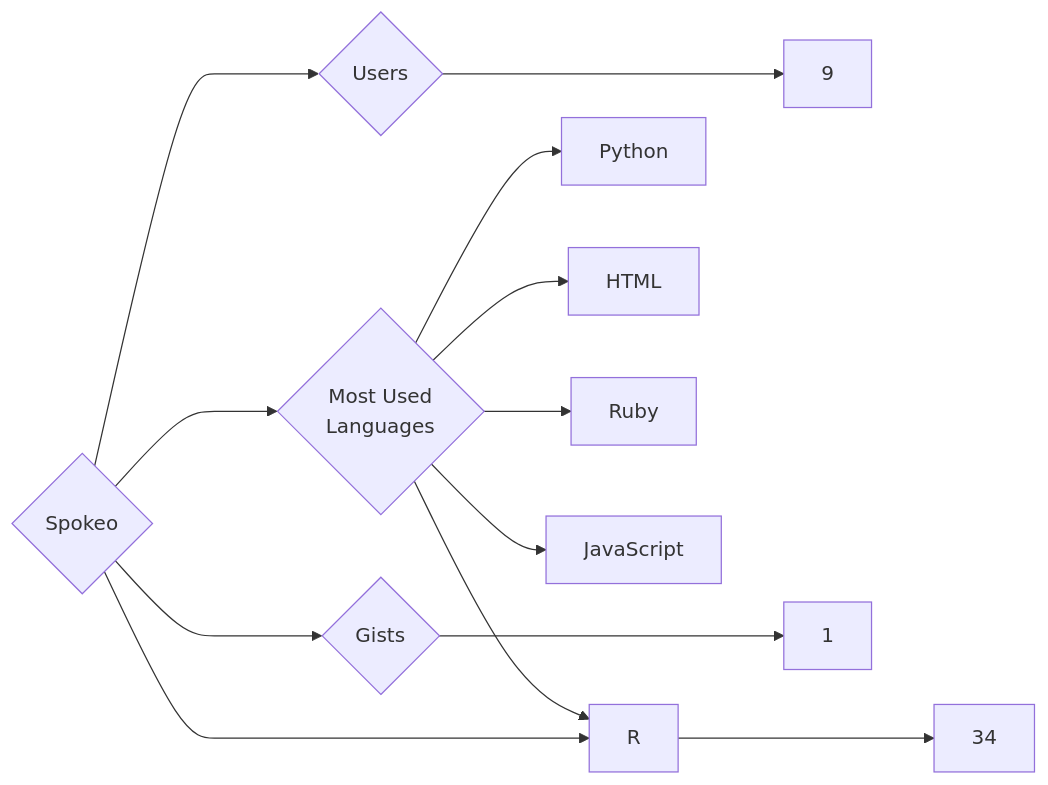
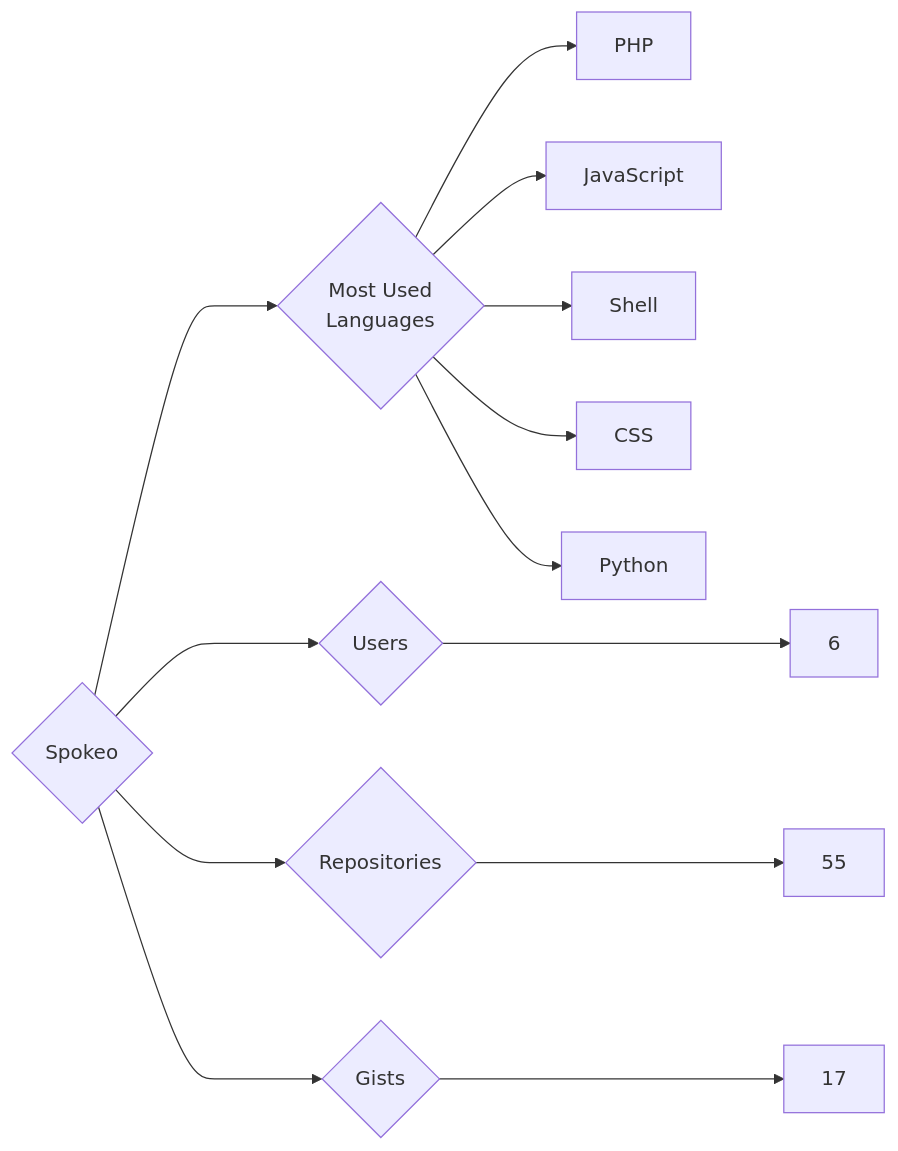
The diagram in targets/Spokeo/README.md (trickest/insiders), drawn with Mermaid before and after one commit. The commit also changed 829 other files, not shown here.

````diff
--- a/targets/Spokeo/README.md
+++ b/targets/Spokeo/README.md
@@ -3,13 +3,13 @@
 ```mermaid
 graph LR
 COMPANY_NAME{Spokeo}
-COMPANY_NAME ---> U{Users} ---> UN[9]
-COMPANY_NAME ---> R{Repositories} ---> RN[34]
-COMPANY_NAME ---> G{Gists} ---> GN[1]
+COMPANY_NAME ---> U{Users} ---> UN[6]
+COMPANY_NAME ---> R{Repositories} ---> RN[55]
+COMPANY_NAME ---> G{Gists} ---> GN[17]
 COMPANY_NAME ---> ML{Most Used<br>Languages}
+ML --> PHP[PHP]
+ML --> JavaScript[JavaScript]
+ML --> Shell[Shell]
+ML --> CSS[CSS]
 ML --> Python[Python]
-ML --> HTML[HTML]
-ML --> Ruby[Ruby]
-ML --> JavaScript[JavaScript]
-ML --> R[R]
 ```
````
